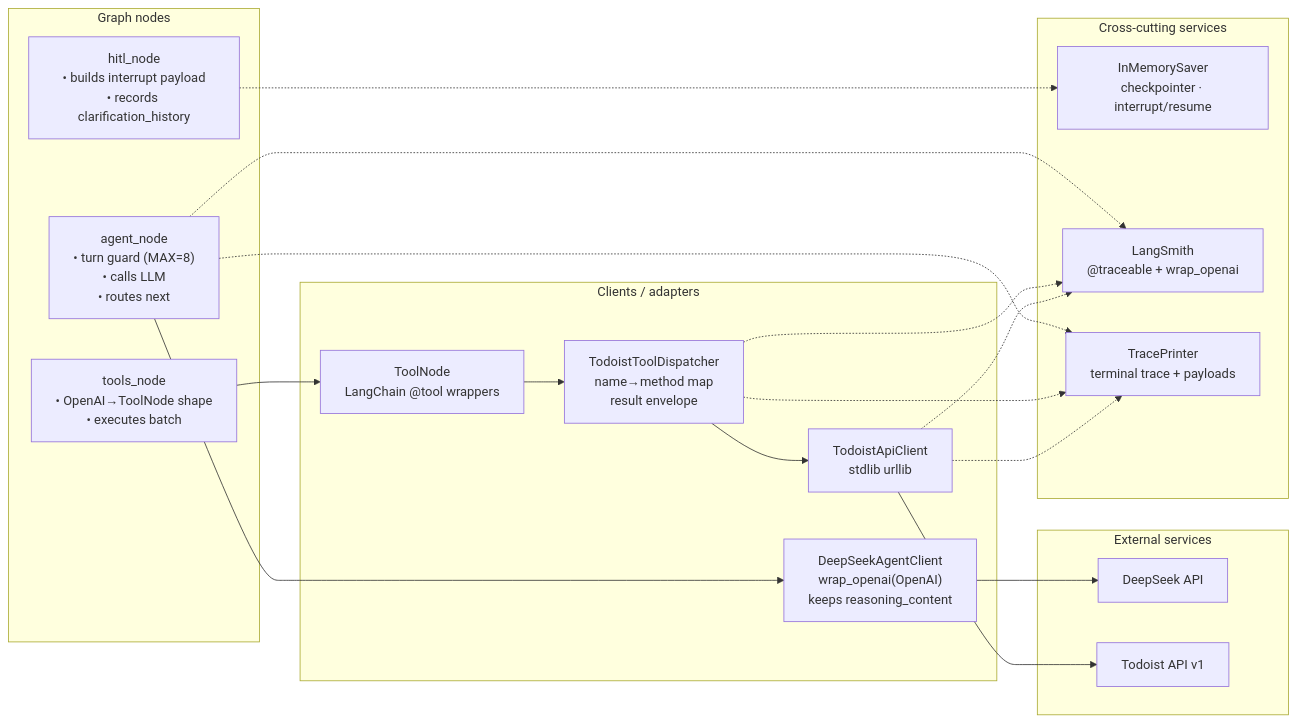
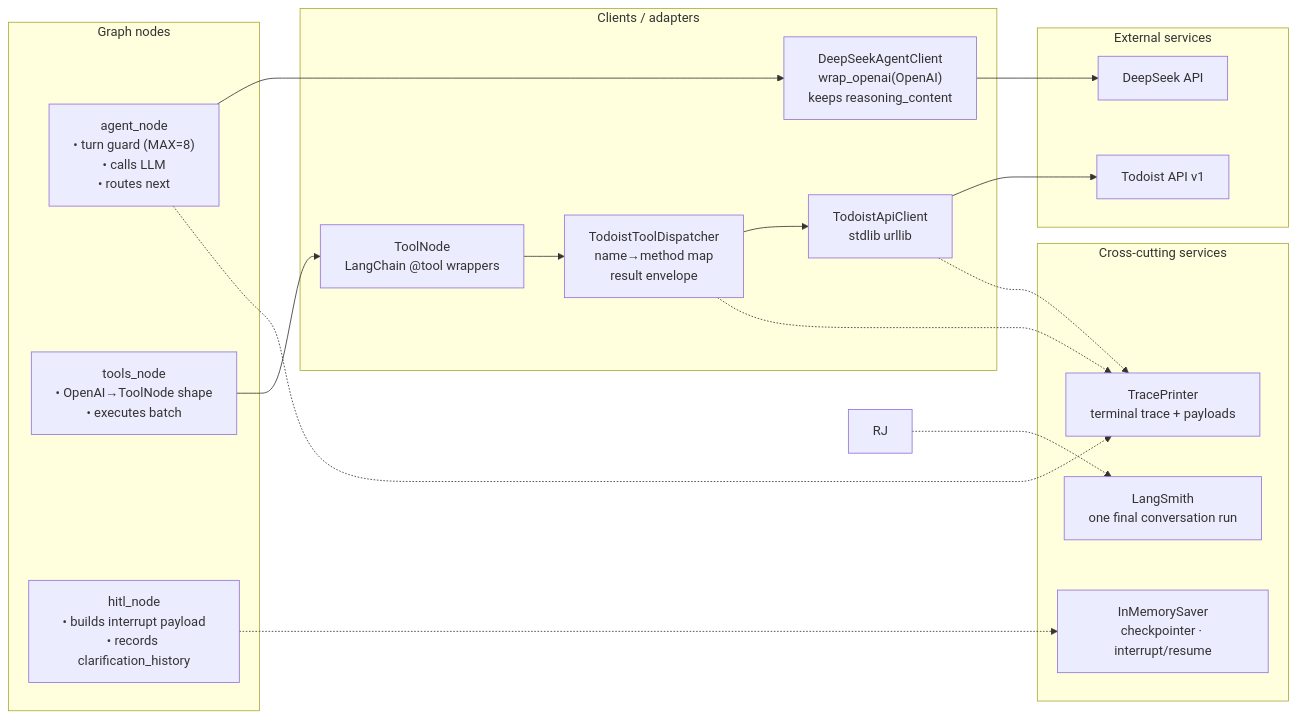
Before and after one commit to mcxraider/jarvis: the second of 3 diagrams in agents/jarvis_architecture.md, drawn with Mermaid. The commit also changed other lines of this file and 52 other files, not shown here.

````diff
--- a/agents/jarvis_architecture.md
+++ b/agents/jarvis_architecture.md
@@ -53,33 +53,34 @@
 ```mermaid
 flowchart LR
     subgraph CORE["Graph nodes"]
         A["agent_node<br/>• turn guard (MAX=8)<br/>• calls LLM<br/>• routes next"]
         T["tools_node<br/>• OpenAI→ToolNode shape<br/>• executes batch"]
         H["hitl_node<br/>• builds interrupt payload<br/>• records clarification_history"]
     end
 
     subgraph CLIENTS["Clients / adapters"]
         DSC["DeepSeekAgentClient<br/>wrap_openai(OpenAI)<br/>keeps reasoning_content"]
         TN["ToolNode<br/>LangChain @tool wrappers"]
         DISP["TodoistToolDispatcher<br/>name→method map<br/>result envelope"]
         TC["TodoistApiClient<br/>stdlib urllib"]
     end
 
     subgraph EXT["External services"]
         DS["DeepSeek API"]
         TD["Todoist API v1"]
     end
 
     subgraph CROSS["Cross-cutting services"]
         CP["InMemorySaver<br/>checkpointer · interrupt/resume"]
-        LS["LangSmith<br/>@traceable + wrap_openai"]
+        LS["LangSmith<br/>one final conversation run"]
         TP["TracePrinter<br/>terminal trace + payloads"]
     end
 
     A --> DSC --> DS
     T --> TN --> DISP --> TC --> TD
     H -.-> CP
-    A -.-> TP & LS
-    DISP -.-> TP & LS
-    TC -.-> TP & LS
+    A -.-> TP
+    RJ -.-> LS
+    DISP -.-> TP
+    TC -.-> TP
 ```
````
